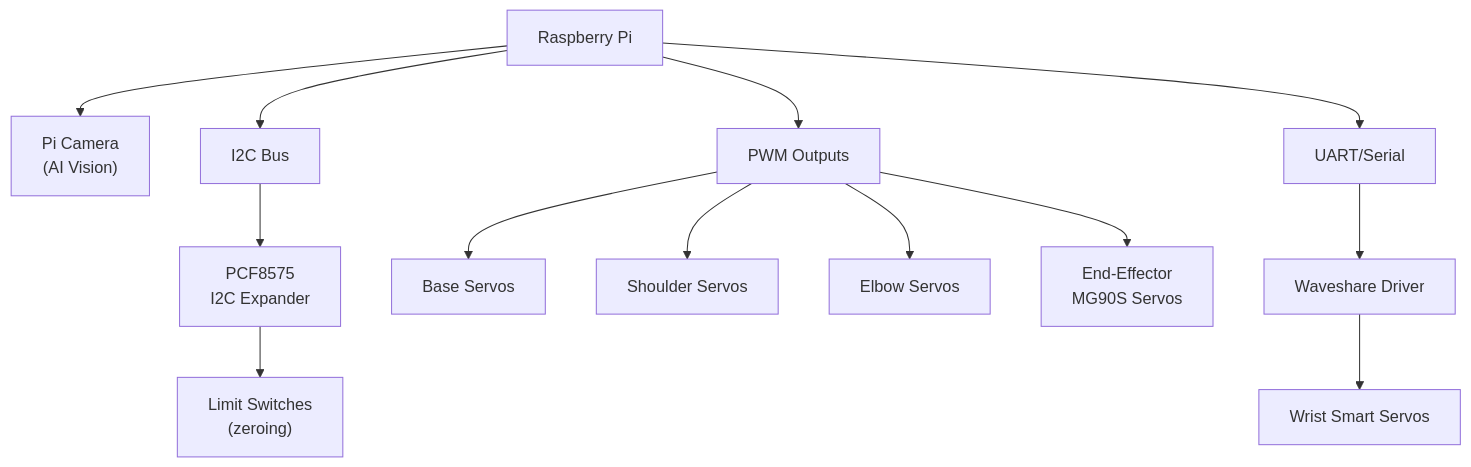
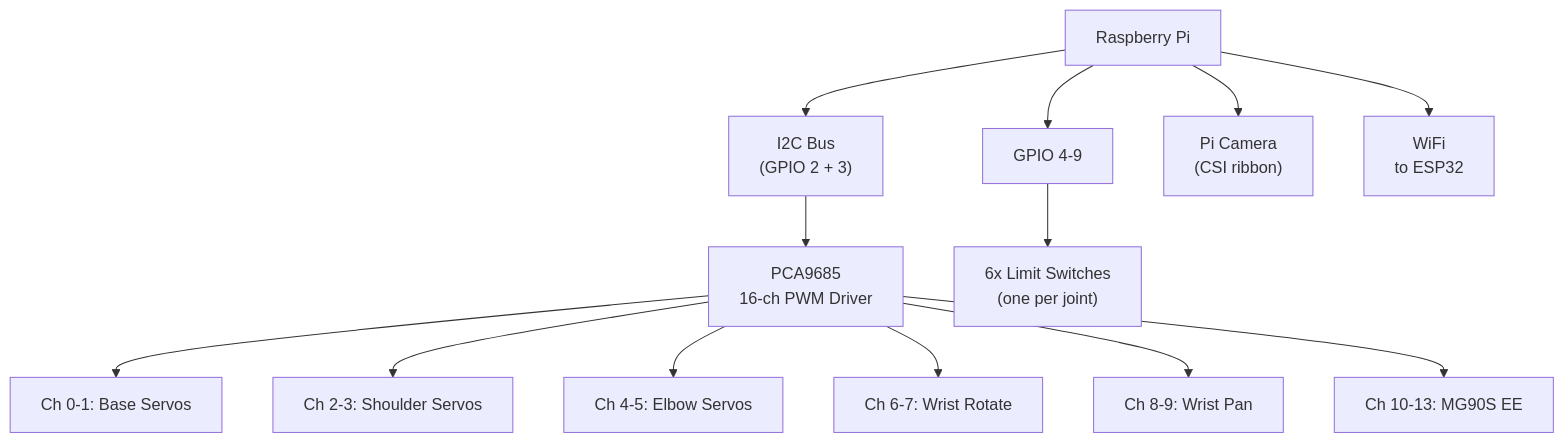
Before and after one commit to zeulewan/geodude-control: the second of 2 diagrams in docs/electrical/geodude/index.md, drawn with Mermaid. The commit also changed other lines of this file and 3 other files, not shown here.

First line of the commit message:
Major audit update: all dumb PWM servos, revised power architecture

````diff
--- a/docs/electrical/geodude/index.md
+++ b/docs/electrical/geodude/index.md
@@ -160,15 +232,15 @@
 ```mermaid
 graph TD
-    PI["Raspberry Pi"] --> CAM["Pi Camera<br/>(AI Vision)"]
-    PI --> I2C["I2C Bus"]
-    I2C --> EXPANDER["PCF8575<br/>I2C Expander"]
-    EXPANDER --> LS["Limit Switches<br/>(zeroing)"]
-    PI --> PWM["PWM Outputs"]
-    PWM --> BASE_S["Base Servos"]
-    PWM --> SHOULDER_S["Shoulder Servos"]
-    PWM --> ELBOW_S["Elbow Servos"]
-    PWM --> EE_S["End-Effector<br/>MG90S Servos"]
-    PI --> UART["UART/Serial"]
-    UART --> WAVESHARE["Waveshare Driver"]
-    WAVESHARE --> WRIST_S["Wrist Smart Servos"]
+    PI["Raspberry Pi"] --> I2C["I2C Bus<br/>(GPIO 2 + 3)"]
+    I2C --> PCA["PCA9685<br/>16-ch PWM Driver"]
+    PCA --> CH0["Ch 0-1: Base Servos"]
+    PCA --> CH2["Ch 2-3: Shoulder Servos"]
+    PCA --> CH4["Ch 4-5: Elbow Servos"]
+    PCA --> CH6["Ch 6-7: Wrist Rotate"]
+    PCA --> CH8["Ch 8-9: Wrist Pan"]
+    PCA --> CH10["Ch 10-13: MG90S EE"]
+    PI --> GPIO["GPIO 4-9"]
+    GPIO --> LS["6x Limit Switches<br/>(one per joint)"]
+    PI --> CAM["Pi Camera<br/>(CSI ribbon)"]
+    PI --> WIFI["WiFi<br/>to ESP32"]
 ```
````
